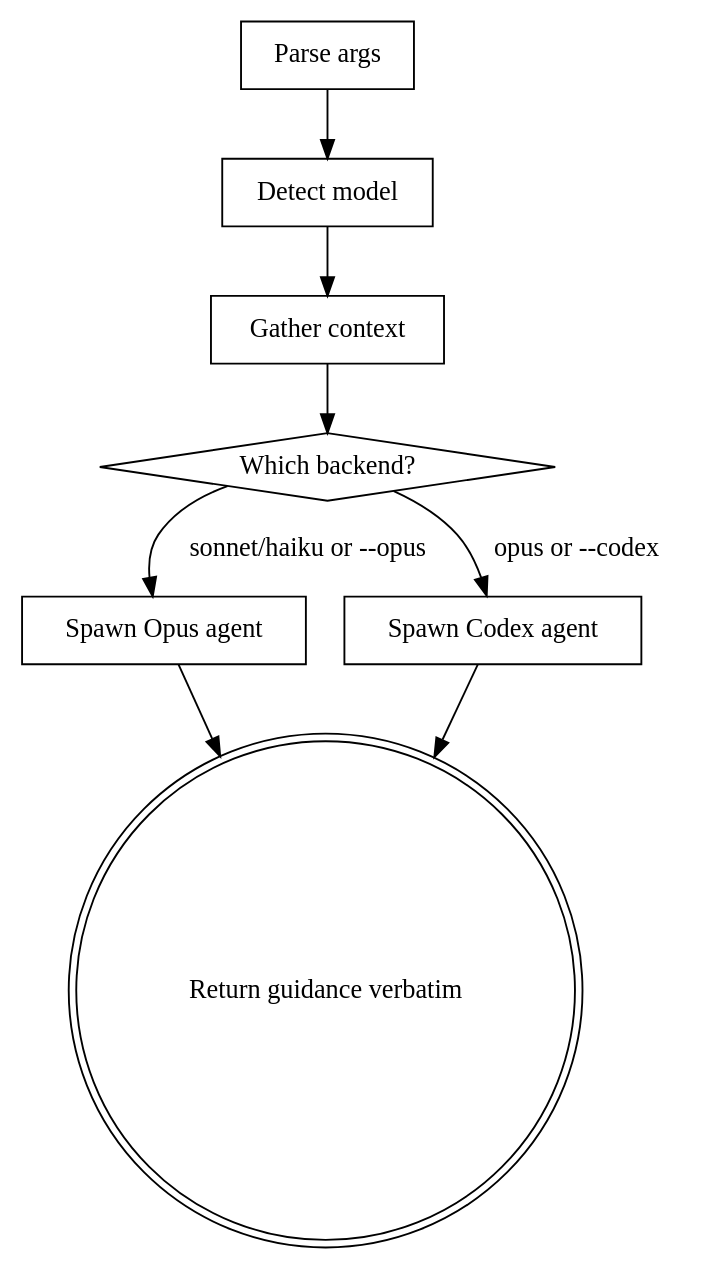
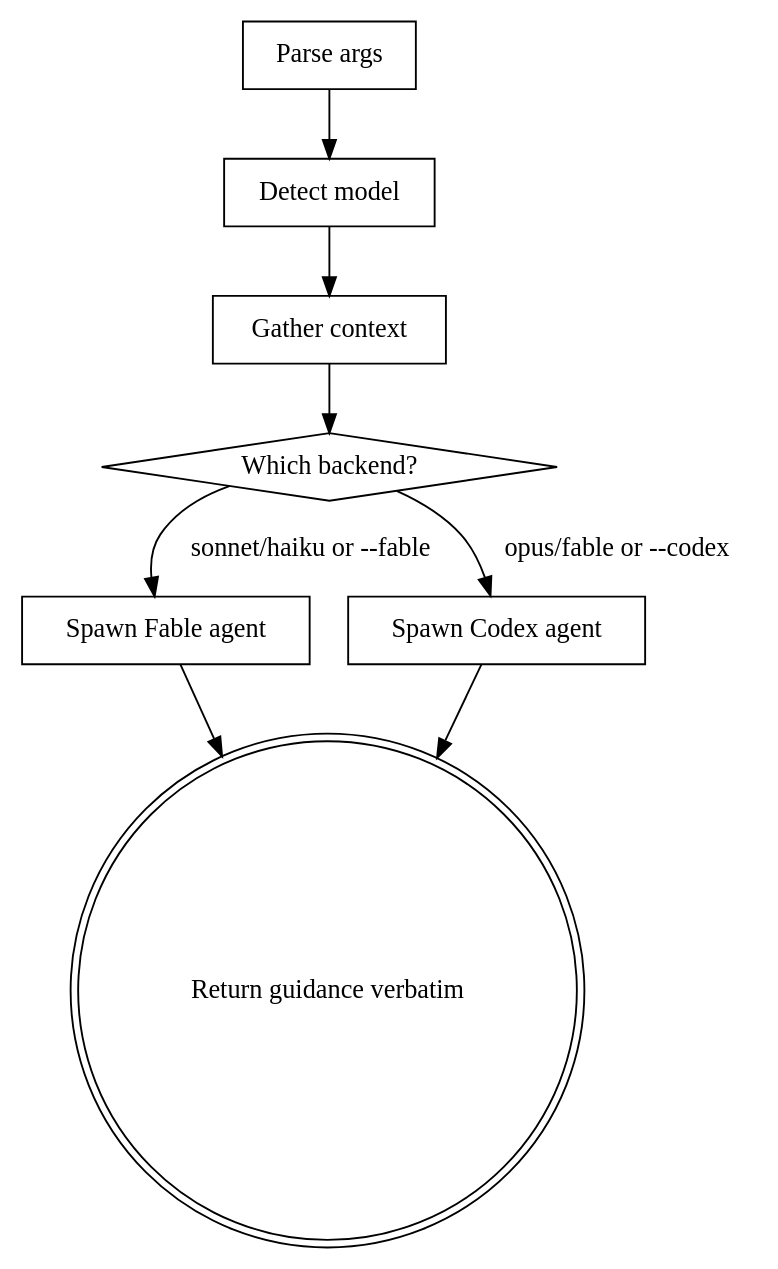
One commit to leighstillard/poormansadvisor changed the diagram in SKILL.md. Above: the diagram before and after it, drawn with Graphviz. The commit also changed other lines of this file and 1 other file, not shown here.

First line of the commit message:
Route Sonnet/Haiku advisor consultations to Fable instead of Opus (#1)

````diff
--- a/SKILL.md
+++ b/SKILL.md
@@ -58,19 +59,19 @@
 ```dot
 digraph advisor {
     "Parse args" [shape=box];
     "Detect model" [shape=box];
     "Gather context" [shape=box];
     "Which backend?" [shape=diamond];
-    "Spawn Opus agent" [shape=box];
+    "Spawn Fable agent" [shape=box];
     "Spawn Codex agent" [shape=box];
     "Return guidance verbatim" [shape=doublecircle];
 
     "Parse args" -> "Detect model";
     "Detect model" -> "Gather context";
     "Gather context" -> "Which backend?";
-    "Which backend?" -> "Spawn Opus agent" [label="sonnet/haiku or --opus"];
-    "Which backend?" -> "Spawn Codex agent" [label="opus or --codex"];
-    "Spawn Opus agent" -> "Return guidance verbatim";
+    "Which backend?" -> "Spawn Fable agent" [label="sonnet/haiku or --fable"];
+    "Which backend?" -> "Spawn Codex agent" [label="opus/fable or --codex"];
+    "Spawn Fable agent" -> "Return guidance verbatim";
     "Spawn Codex agent" -> "Return guidance verbatim";
 }
 ```
````
